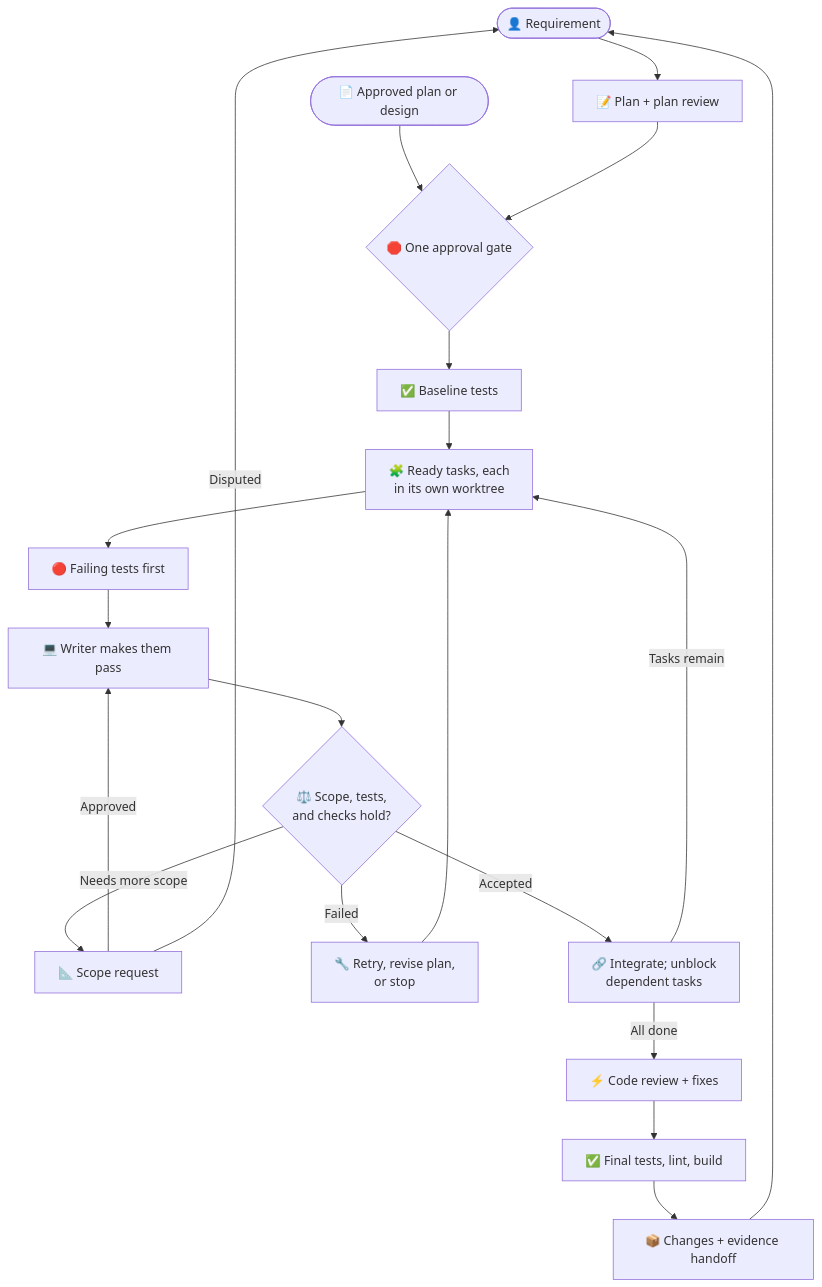
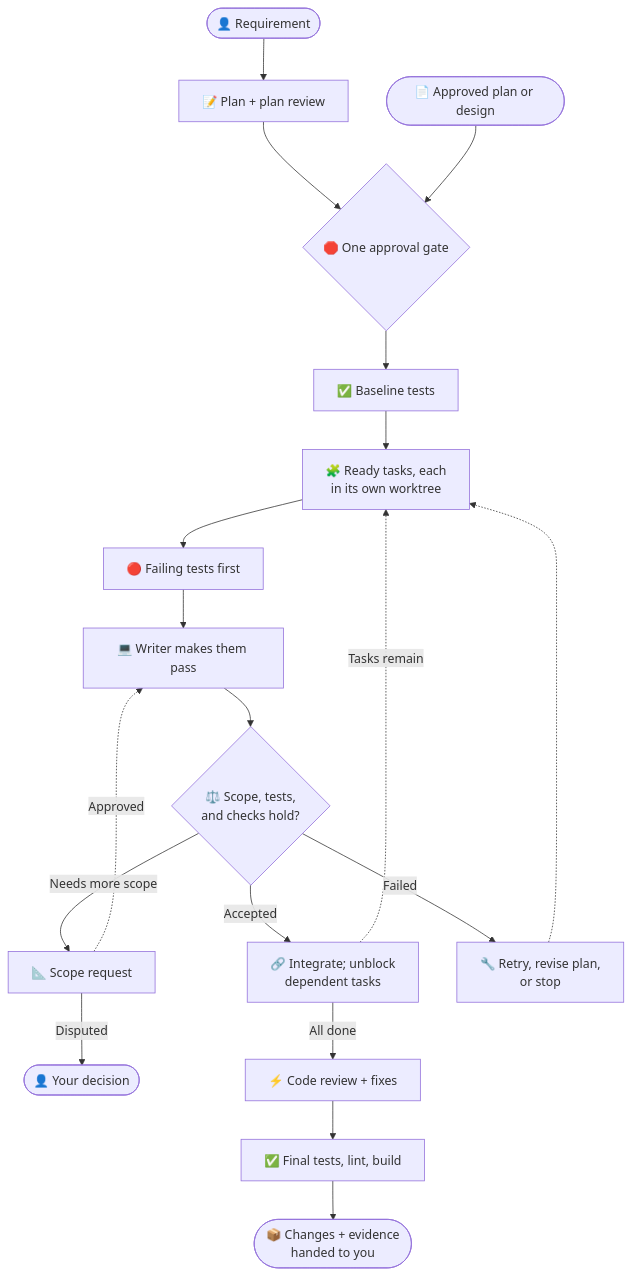
The diagram in skills/dispatch/references/readme/implement.md (Gyunikuchan/dispatch-skills), drawn with Mermaid before and after one commit. The commit also changed 1 other file, not shown here.

Commit message:
docs(dispatch): untangle implement flow diagram
Claude-Session: https://claude.ai/code/session_01AZAJrCsaxWDFPGZvAVHQCx

````diff
--- a/skills/dispatch/references/readme/implement.md
+++ b/skills/dispatch/references/readme/implement.md
@@ -13,22 +13,21 @@
 ```mermaid
 flowchart TD
     User(["👤 Requirement"]) --> Plan["📝 Plan + plan review"]
+    Plan --> Gate{"🛑 One approval gate"}
     Artifact(["📄 Approved plan or design"]) --> Gate
-    Plan --> Gate{"🛑 One approval gate"}
     Gate --> Baseline["✅ Baseline tests"]
     Baseline --> Tasks["🧩 Ready tasks, each<br/>in its own worktree"]
     Tasks --> Red["🔴 Failing tests first"]
     Red --> Green["💻 Writer makes them pass"]
     Green --> Accept{"⚖️ Scope, tests,<br/>and checks hold?"}
+    Accept -->|Accepted| Integrate["🔗 Integrate; unblock<br/>dependent tasks"]
     Accept -->|Needs more scope| Scope["📐 Scope request"]
-    Scope -->|Approved| Green
-    Scope -->|Disputed| User
     Accept -->|Failed| Recover["🔧 Retry, revise plan,<br/>or stop"]
-    Recover --> Tasks
-    Accept -->|Accepted| Integrate["🔗 Integrate; unblock<br/>dependent tasks"]
-    Integrate -->|Tasks remain| Tasks
+    Scope -.->|Approved| Green
+    Scope -->|Disputed| Ask(["👤 Your decision"])
+    Recover -.-> Tasks
+    Integrate -.->|Tasks remain| Tasks
     Integrate -->|All done| CodeReview["⚡ Code review + fixes"]
     CodeReview --> Final["✅ Final tests, lint, build"]
-    Final --> Handoff["📦 Changes + evidence handoff"]
-    Handoff --> User
+    Final --> Handoff(["📦 Changes + evidence<br/>handed to you"])
 ```
````
